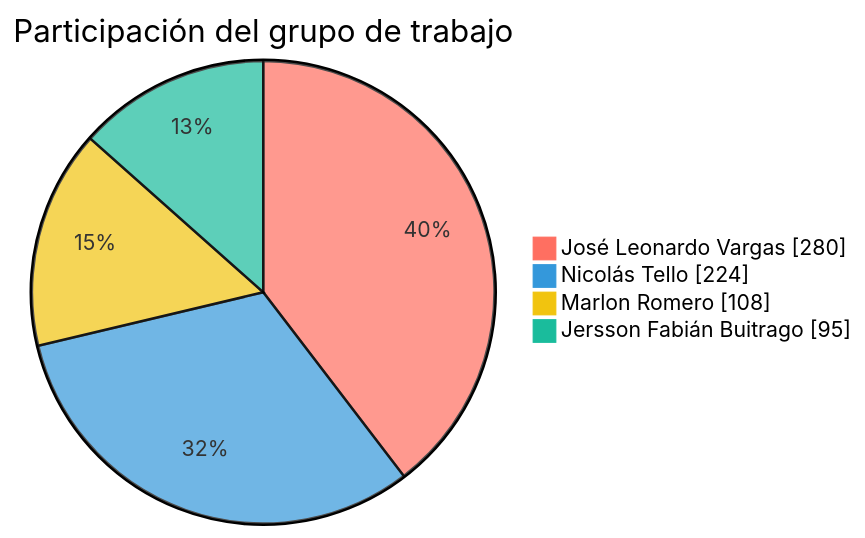
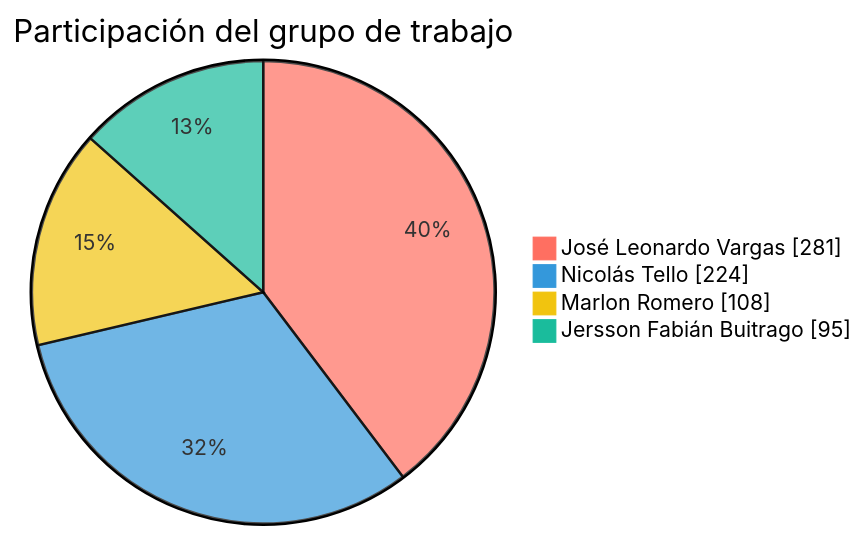
The first of 2 diagrams in README.md (FarmaExpres/FarmaExpres), drawn with Mermaid before and after one commit. The commit also changed other lines of this file and 1 other file, not shown here.

````diff
--- a/README.md
+++ b/README.md
@@ -391,9 +391,9 @@
 ```mermaid
 %%{init: {"themeVariables": {"pie1": "#ff6f61", "pie2": "#3498db", "pie3": "#f1c40f", "pie4": "#1abc9c", "pieLabelColor": "#000000", "pieLabelFontSize": "24px", "pieLabelFontWeight": "700"}}}%%
 pie showData
     title Participación del grupo de trabajo
-    "José Leonardo Vargas" : 280
+    "José Leonardo Vargas" : 281
     "Nicolás Tello" : 224
     "Marlon Romero" : 108
     "Jersson Fabián Buitrago" : 95
 ```
````
